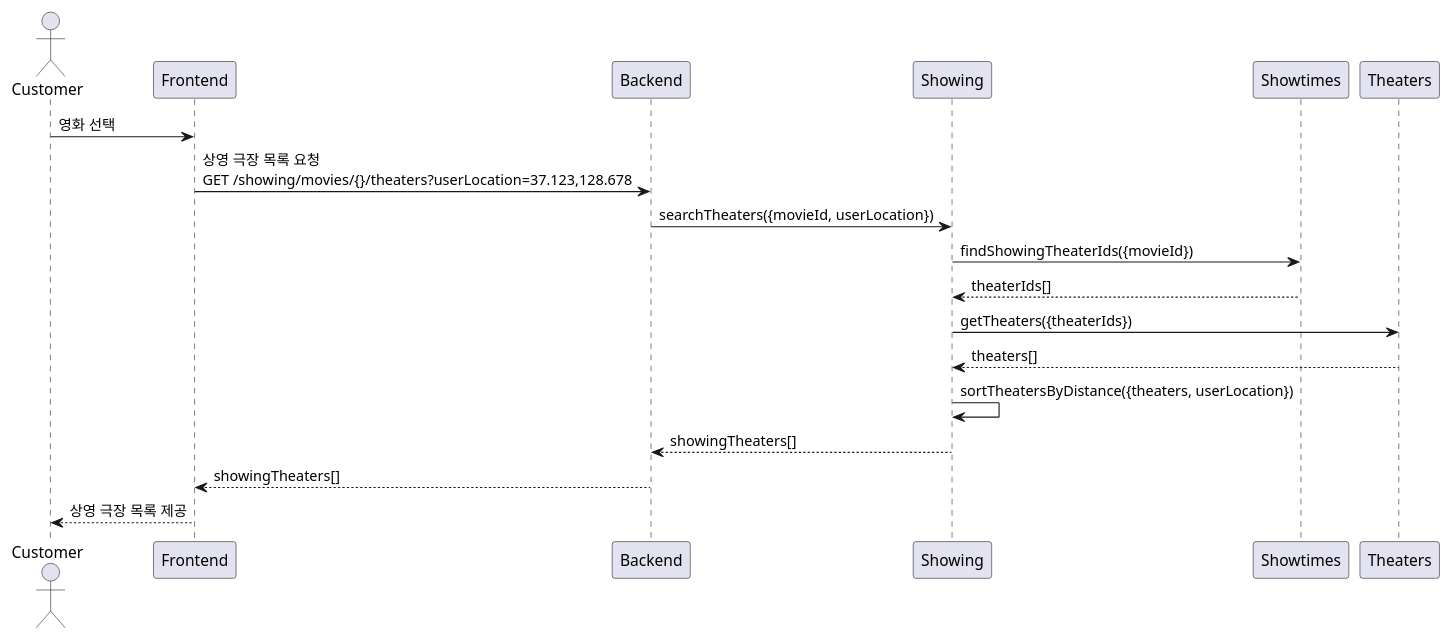
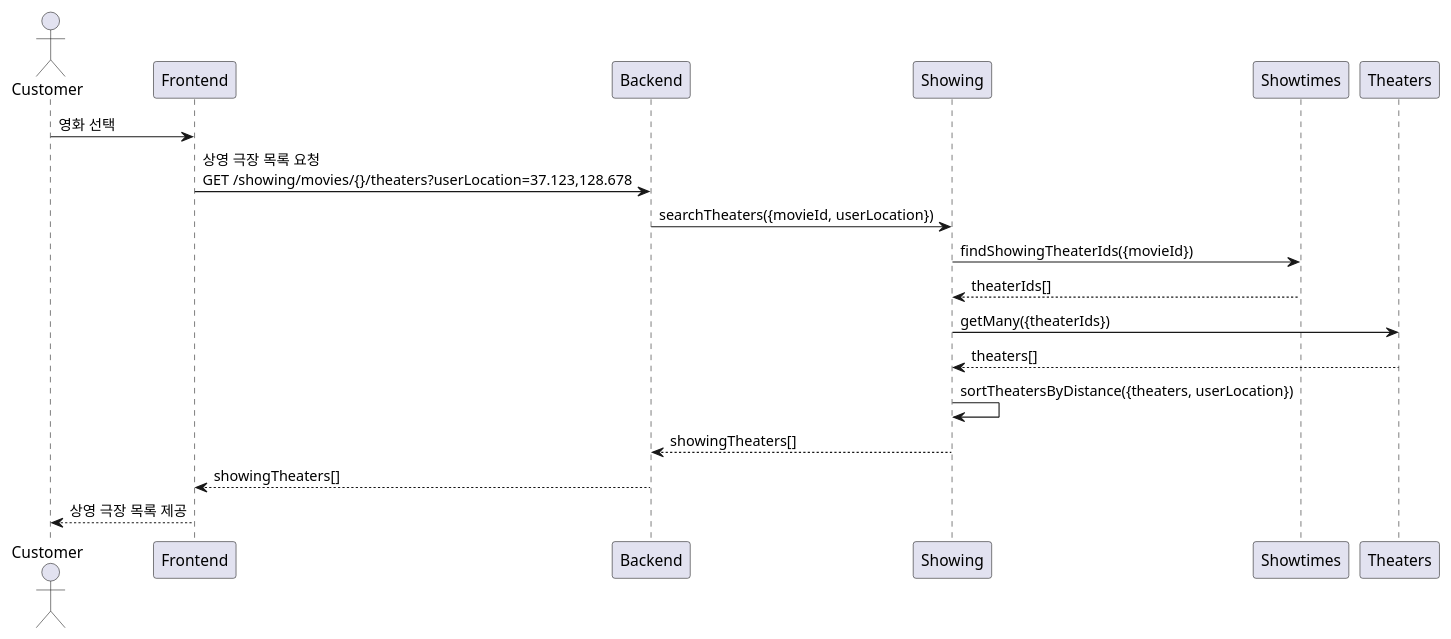
One commit to mannercode/nest-seed changed the second of 6 diagrams in docs/archive/tickets-purchase.md. Above: the diagram before and after it, drawn with PlantUML. The commit also changed other lines of this file and 67 other files, not shown here.

````diff
--- a/docs/archive/tickets-purchase.md
+++ b/docs/archive/tickets-purchase.md
@@ -93,17 +93,17 @@
 ```plantuml
 @startuml
 actor Customer
 
 Customer -> Frontend : 영화 선택
     Frontend -> Backend : 상영 극장 목록 요청\nGET /showing/movies/{}/theaters?userLocation=37.123,128.678
         Backend -> Showing: searchTheaters({movieId, userLocation})
             Showing -> Showtimes: findShowingTheaterIds({movieId})
             Showing <-- Showtimes: theaterIds[]
-            Showing -> Theaters: getTheaters({theaterIds})
+            Showing -> Theaters: getMany({theaterIds})
             Showing <-- Theaters: theaters[]
             Showing -> Showing: sortTheatersByDistance({theaters, userLocation})
         Backend <-- Showing: showingTheaters[]
     Frontend <-- Backend : showingTheaters[]
 Customer <-- Frontend : 상영 극장 목록 제공
 @enduml
 ```
````
